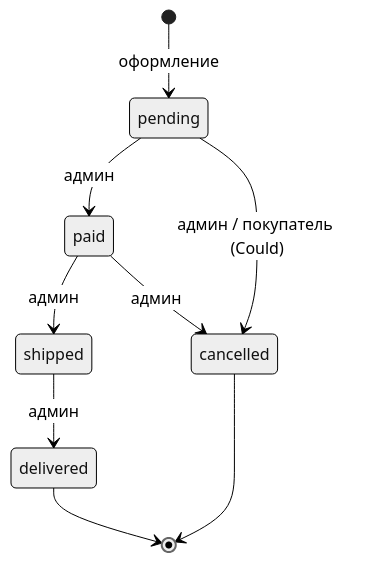
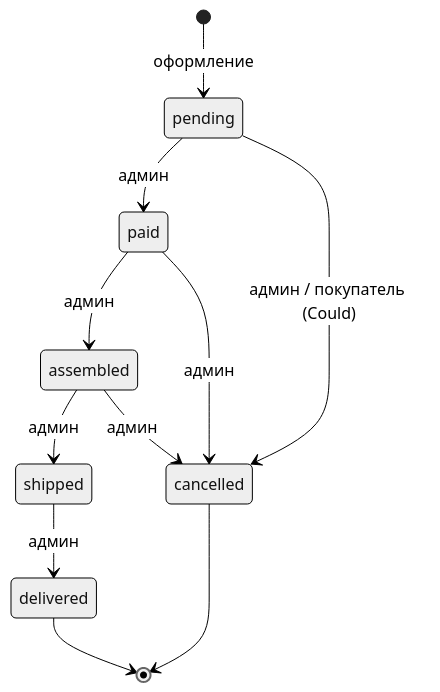
Before and after one commit to FASTer92-maker/topshop: the second of 2 diagrams in docs/ERD.md, drawn with Mermaid (neutral theme). The commit also changed other lines of this file and 6 other files, not shown here.

````diff
--- a/docs/ERD.md
+++ b/docs/ERD.md
@@ -259,11 +382,13 @@
 ```mermaid
 stateDiagram-v2
     [*] --> pending : оформление
     pending --> paid : админ
-    paid --> shipped : админ
+    paid --> assembled : админ
+    assembled --> shipped : админ
     shipped --> delivered : админ
     pending --> cancelled : админ / покупатель (Could)
     paid --> cancelled : админ
+    assembled --> cancelled : админ
     delivered --> [*]
     cancelled --> [*]
 ```
````
